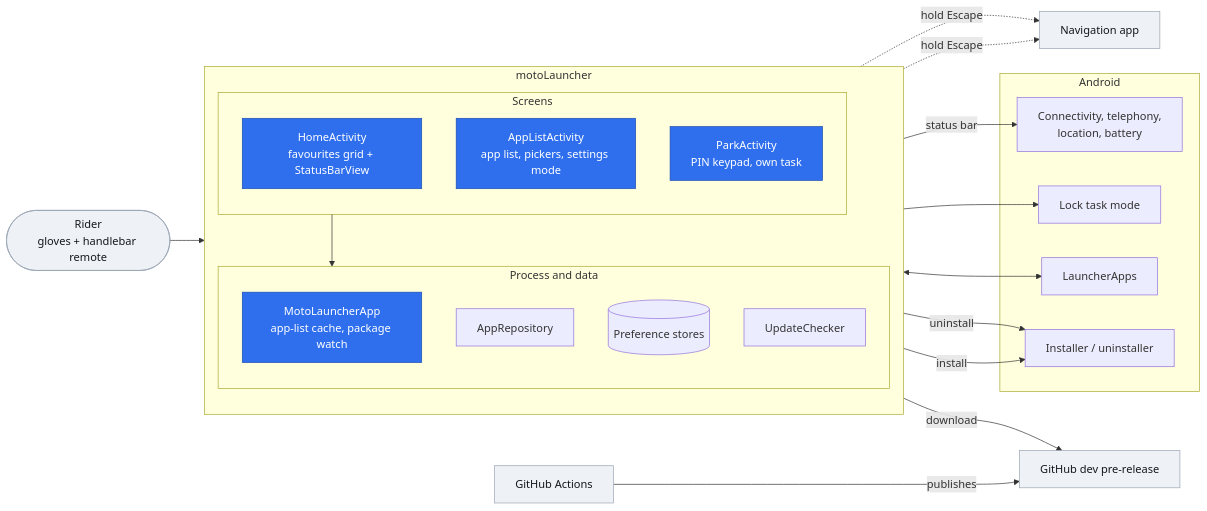
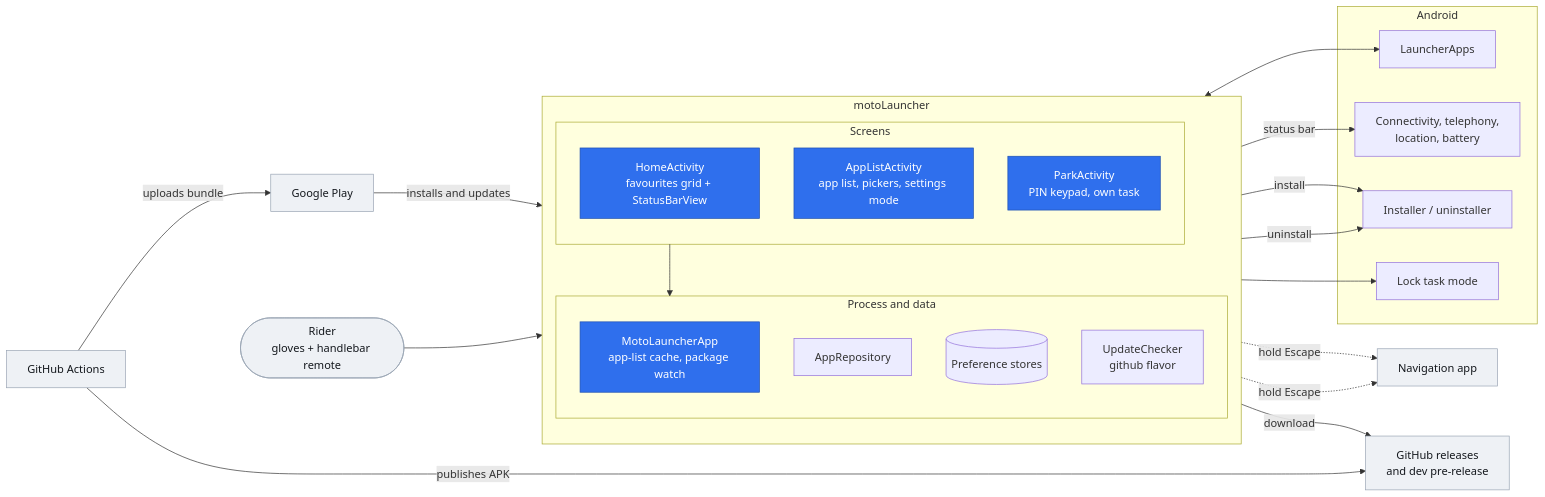
The first of 3 diagrams in .github/architecture.md (c0dev0id/motoLauncher), drawn with Mermaid before and after one commit. The commit also changed other lines of this file and 8 other files, not shown here.

First line of the commit message:
Document the Play build, the release flow and API 36

````diff
--- a/.github/architecture.md
+++ b/.github/architecture.md
@@ -7,47 +7,50 @@
 ```mermaid
 flowchart LR
     rider(["Rider<br/>gloves + handlebar remote"])
 
     subgraph launcher["motoLauncher"]
         direction TB
         subgraph screens["Screens"]
             home["HomeActivity<br/>favourites grid + StatusBarView"]
             list["AppListActivity<br/>app list, pickers, settings mode"]
             park["ParkActivity<br/>PIN keypad, own task"]
         end
         subgraph core["Process and data"]
             app["MotoLauncherApp<br/>app-list cache, package watch"]
             repo["AppRepository"]
             stores[("Preference stores")]
-            update["UpdateChecker"]
+            update["UpdateChecker<br/>github flavor"]
         end
         screens --> core
     end
 
     subgraph android["Android"]
         la["LauncherApps"]
         sys["Connectivity, telephony,<br/>location, battery"]
         installer["Installer / uninstaller"]
         locktask["Lock task mode"]
     end
 
     nav["Navigation app"]
-    gh["GitHub dev pre-release"]
+    gh["GitHub releases<br/>and dev pre-release"]
+    play["Google Play"]
     ci["GitHub Actions"]
 
     rider --> screens
     home -. hold Escape .-> nav
     list -. hold Escape .-> nav
     home -- status bar --> sys
     park --> locktask
     repo <--> la
     repo -- uninstall --> installer
     update -- install --> installer
     update -- download --> gh
-    ci -- publishes --> gh
+    ci -- publishes APK --> gh
+    ci -- uploads bundle --> play
+    play -- installs and updates --> launcher
 
     classDef primary fill:#2F6FED,stroke:#1E4FB0,color:#FFFFFF
     classDef external fill:#EEF1F5,stroke:#9AA5B4,color:#14181D
     class home,list,park,app primary
-    class nav,gh,ci,rider external
+    class nav,gh,play,ci,rider external
 ```
````
